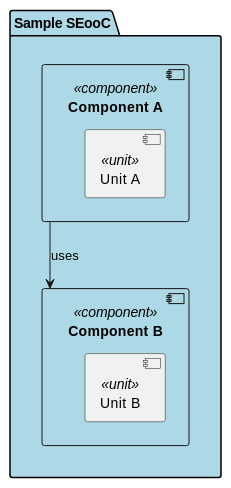
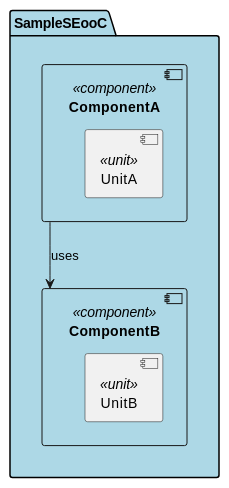
Before and after one commit to eclipse-score/tooling: the first of 2 diagrams in plantuml/parser/docs/README.md, drawn with PlantUML. The commit also changed 375 other files, not shown here.

First line of the commit message:
[plantuml tooling] use name instead of alias for uid generation

````diff
--- a/plantuml/parser/docs/README.md
+++ b/plantuml/parser/docs/README.md
@@ -61,18 +61,18 @@
 ```plantuml
 @startuml
 
-package "Sample SEooC" as SampleSEooC #LightBlue {
-    component "Component A" as ComponentA <<component>> {
-        component "Unit A" as UnitA <<unit>> {
+package SampleSEooC #LightBlue {
+    component ComponentA <<component>> {
+        component UnitA <<unit>> {
         }
     }
-    component "Component B" as ComponentB <<component>> {
-        component "Unit B" as UnitB <<unit>> {
+    component ComponentB <<component>> {
+        component UnitB <<unit>> {
         }
     }
 }
 
 ComponentA --> ComponentB : uses
 
 @enduml
 ```
````
